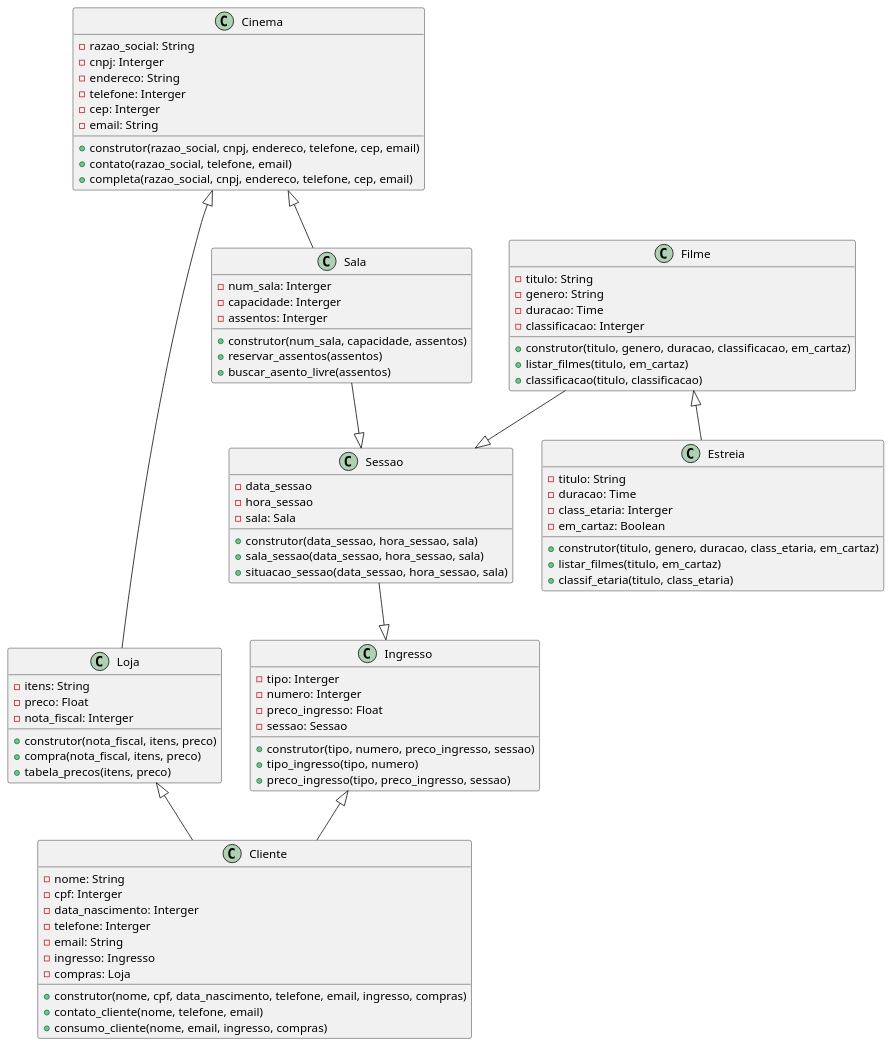
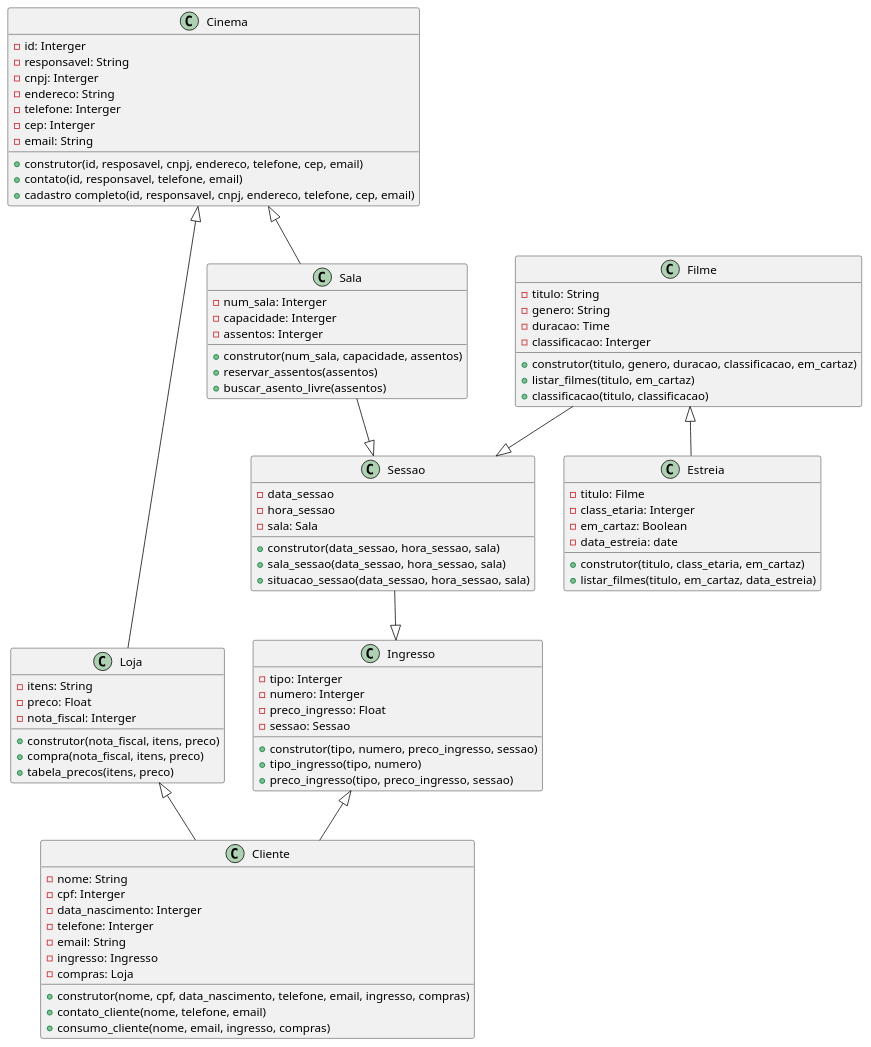
One commit to anleaes/2023-1-N1-POO-01 changed the diagram in cinema_grupo1.plantuml. Above: the diagram before and after it, drawn with PlantUML. The commit also changed 1 other file, not shown here.

```diff
--- a/cinema_grupo1.plantuml
+++ b/cinema_grupo1.plantuml
@@ -1,93 +1,96 @@
 @startuml Diagrama Herança Cinema - Grupo 1
-class Cinema{
-    - razao_social: String
+
+class Cinema {
+    - id: Interger
+    - responsavel: String
     - cnpj: Interger 
     - endereco: String
     - telefone: Interger
     - cep: Interger
     - email: String
-    + construtor(razao_social, cnpj, endereco, telefone, cep, email)
-    + contato(razao_social, telefone, email)
-    + completa(razao_social, cnpj, endereco, telefone, cep, email)
+    + construtor(id, resposavel, cnpj, endereco, telefone, cep, email)
+    + contato(id, responsavel, telefone, email)
+    + cadastro completo(id, responsavel, cnpj, endereco, telefone, cep, email)
 }
+
 
 
 class Sala{
     - num_sala: Interger
     - capacidade: Interger
     - assentos: Interger
     + construtor(num_sala, capacidade, assentos)
     + reservar_assentos(assentos)
     + buscar_asento_livre(assentos)
 }
 
 class Sessao{
     - data_sessao
     - hora_sessao
     - sala: Sala
     + construtor(data_sessao, hora_sessao, sala)
     + sala_sessao(data_sessao, hora_sessao, sala)
     + situacao_sessao(data_sessao, hora_sessao, sala)      
 }
 
 class Loja{
     - itens: String
     - preco: Float
     - nota_fiscal: Interger
     + construtor(nota_fiscal, itens, preco)
     + compra(nota_fiscal, itens, preco)
     + tabela_precos(itens, preco)
 }
 
 class Ingresso{
     - tipo: Interger
     - numero: Interger
     - preco_ingresso: Float
     - sessao: Sessao
     + construtor(tipo, numero, preco_ingresso, sessao)
     + tipo_ingresso(tipo, numero)
     + preco_ingresso(tipo, preco_ingresso, sessao)
 }
 
 class Cliente{
     - nome: String
     - cpf: Interger
     - data_nascimento: Interger
     - telefone: Interger
     - email: String
     - ingresso: Ingresso
     - compras: Loja
     + construtor(nome, cpf, data_nascimento, telefone, email, ingresso, compras)
     + contato_cliente(nome, telefone, email)
     + consumo_cliente(nome, email, ingresso, compras)    
 }
 
 class Filme{
     - titulo: String
     - genero: String
     - duracao: Time
     - classificacao: Interger
     + construtor(titulo, genero, duracao, classificacao, em_cartaz)
     + listar_filmes(titulo, em_cartaz)
     + classificacao(titulo, classificacao)
 }
 
 class Estreia{
-    - titulo: String
-    - duracao: Time
+    - titulo: Filme
     - class_etaria: Interger
     - em_cartaz: Boolean
-    + construtor(titulo, genero, duracao, class_etaria, em_cartaz)
-    + listar_filmes(titulo, em_cartaz)
-    + classif_etaria(titulo, class_etaria)
+    - data_estreia: date
+    + construtor(titulo, class_etaria, em_cartaz)
+    + listar_filmes(titulo, em_cartaz, data_estreia)
+    
 }
 
 Cinema <|-- Sala
 Sala --|> Sessao
 Filme --|> Sessao
 Filme <|-- Estreia
 Ingresso <|-- Cliente
 Cinema <|-- Loja
 Loja <|-- Cliente
 Sessao --|> Ingresso
 @enduml
```
